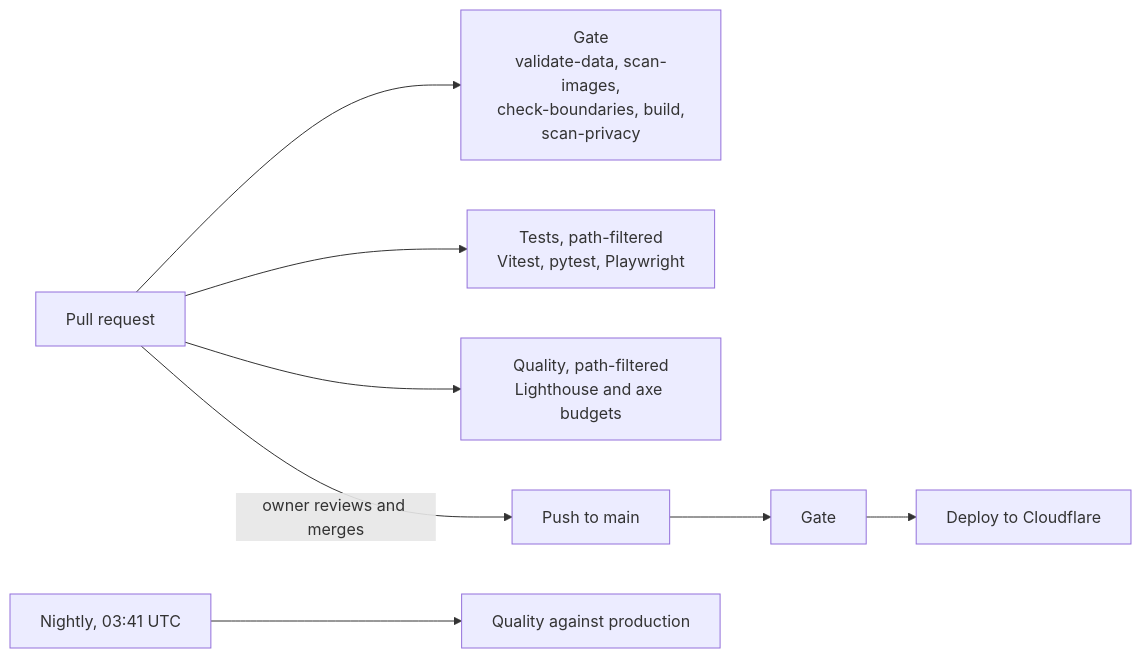
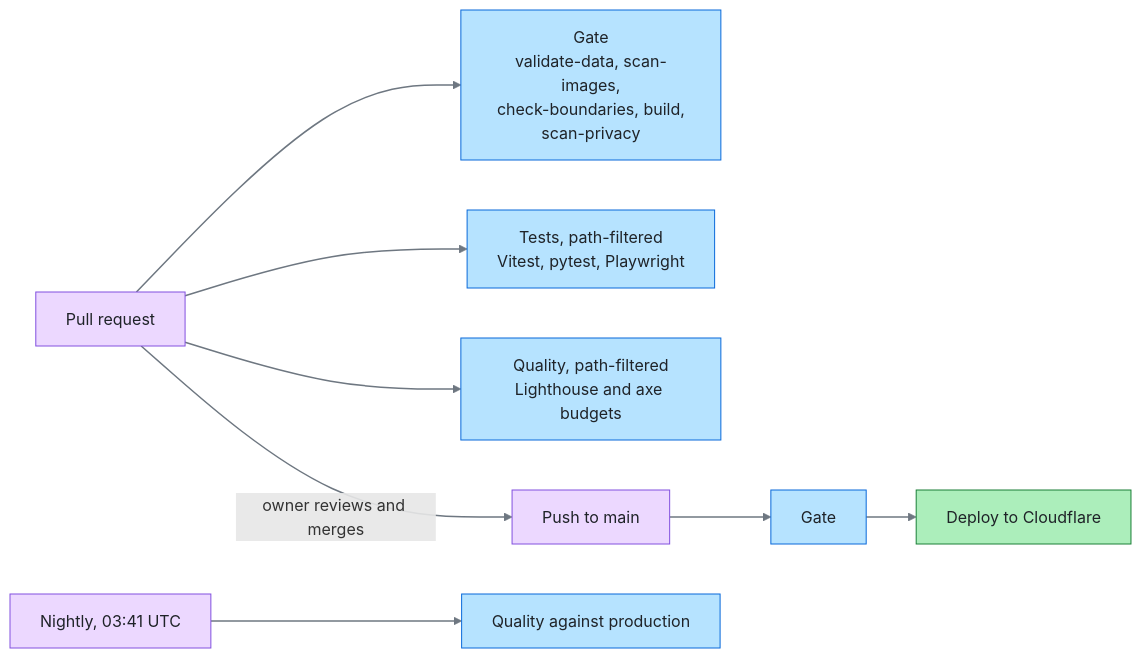
One commit to alexwebber/alexanderwebber.com changed the third of 3 diagrams in README.md. Above: the diagram before and after it, drawn with Mermaid. The commit also changed other lines of this file and 1 other file, not shown here.

First line of the commit message:
docs(readme): colour the diagrams with one shared key

````diff
--- a/README.md
+++ b/README.md
@@ -114,9 +147,17 @@
 ```mermaid
 flowchart LR
   pr["Pull request"] --> g1["Gate<br/>validate-data, scan-images,<br/>check-boundaries, build,<br/>scan-privacy"]
   pr --> t["Tests, path-filtered<br/>Vitest, pytest, Playwright"]
   pr --> q["Quality, path-filtered<br/>Lighthouse and axe budgets"]
   pr -->|"owner reviews and merges"| main["Push to main"]
   main --> g2["Gate"] --> dep["Deploy to Cloudflare"]
   nightly["Nightly, 03:41 UTC"] --> q2["Quality against production"]
+
+  classDef trigger fill:#ecd8ff,stroke:#8250df,color:#1f2328
+  classDef check fill:#b6e3ff,stroke:#0969da,color:#1f2328
+  classDef live fill:#aceebb,stroke:#1a7f37,color:#1f2328
+  class pr,main,nightly trigger
+  class g1,t,q,g2,q2 check
+  class dep live
+  linkStyle default stroke:#6e7781,stroke-width:1.5px
 ```
````
